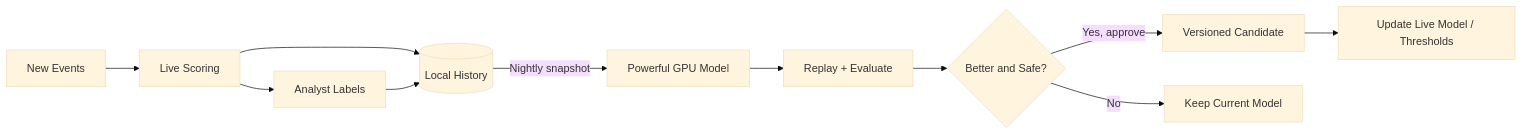
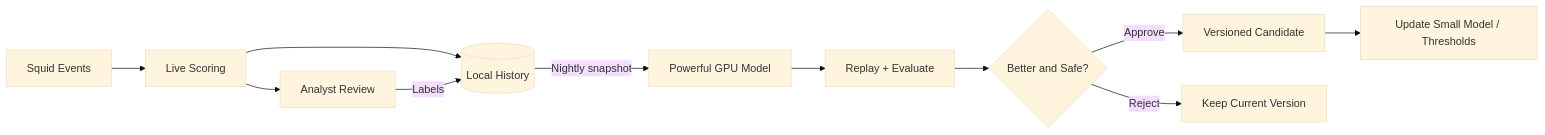
One commit to ric03uec/dell-x-nvidia-hackathon changed the second of 3 diagrams in docs/exfiltration-protection-architecture.md. Above: the diagram before and after it, drawn with Mermaid (base theme). The commit also changed other lines of this file, not shown here.

Commit message:
docs: center MVP architecture on Squid

````diff
--- a/docs/exfiltration-protection-architecture.md
+++ b/docs/exfiltration-protection-architecture.md
@@ -191,13 +263,13 @@
 ```mermaid
 flowchart LR
-    EVENTS[New Events] --> LIVE[Live Scoring]
-    LIVE --> LABELS[Analyst Labels]
+    SQUID[Squid Events] --> LIVE[Live Scoring]
     LIVE --> STORE[(Local History)]
-    LABELS --> STORE
-    STORE -->|Nightly snapshot| POWERFUL[Powerful GPU Model]
-    POWERFUL --> TEST[Replay + Evaluate]
+    LIVE --> REVIEW[Analyst Review]
+    REVIEW -->|Labels| STORE
+    STORE -->|Nightly snapshot| GPU[Powerful GPU Model]
+    GPU --> TEST[Replay + Evaluate]
     TEST --> GATE{Better and Safe?}
-    GATE -->|Yes, approve| VERSION[Versioned Candidate]
-    VERSION --> DEPLOY[Update Live Model / Thresholds]
-    GATE -->|No| KEEP[Keep Current Model]
+    GATE -->|Approve| VERSION[Versioned Candidate]
+    VERSION --> DEPLOY[Update Small Model / Thresholds]
+    GATE -->|Reject| KEEP[Keep Current Version]
 ```
````
